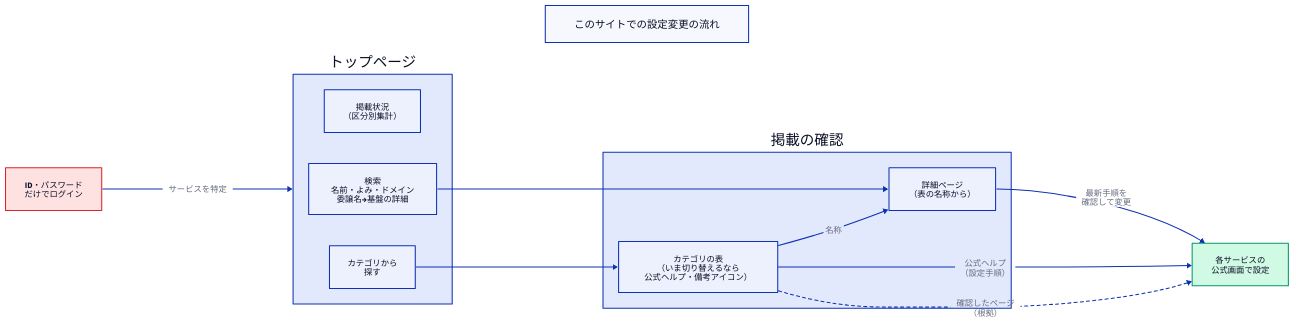
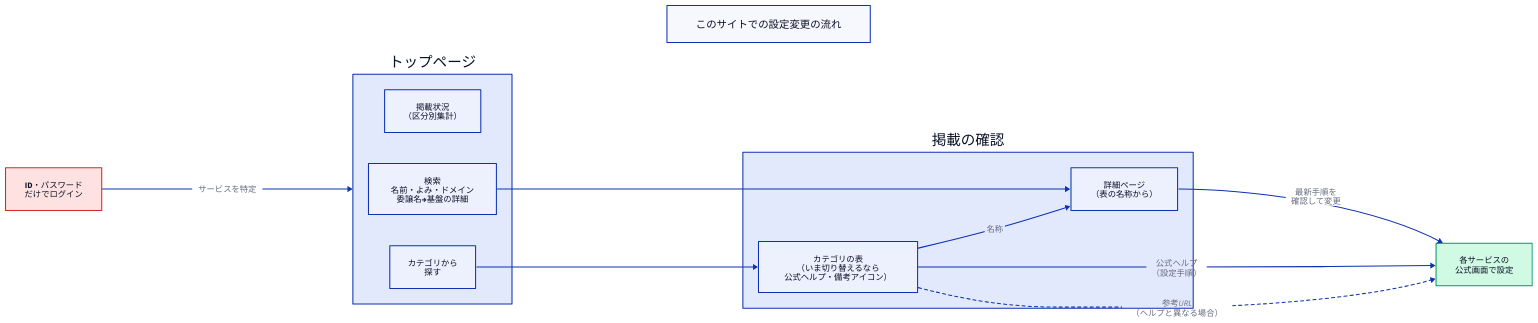
The diagram in apps/website/diagrams/site-flow.d2 (syaryn/start-passkey), drawn with D2 before and after one commit. The commit also changed 714 other files, not shown here.

```diff
--- a/apps/website/diagrams/site-flow.d2
+++ b/apps/website/diagrams/site-flow.d2
@@ -1,38 +1,38 @@
 # このサイトの使い方
 direction: right
 
 title: "このサイトでの設定変更の流れ" {
   near: top-center
   style.font-size: 20
 }
 
 current: "ID・パスワード\nだけでログイン" {
   style.fill: "#fee2e2"
   style.stroke: "#dc2626"
 }
 
 home: "トップページ" {
   stats: "掲載状況\n（区分別集計）"
   search: "検索\n名前・よみ・ドメイン\n委譲名→基盤の詳細"
   categories: "カテゴリから\n探す"
 }
 
 listing: "掲載の確認" {
   table: "カテゴリの表\n（いま切り替えるなら\n公式ヘルプ・備考アイコン）"
   detail: "詳細ページ\n（表の名称から）"
 }
 
 official: "各サービスの\n公式画面で設定" {
   style.fill: "#d1fae5"
   style.stroke: "#059669"
 }
 
 current -> home: "サービスを特定"
 home.search -> listing.detail
 home.categories -> listing.table
 listing.table -> listing.detail: "名称"
 listing.table -> official: "公式ヘルプ\n（設定手順）"
 listing.detail -> official: "最新手順を\n確認して変更"
-listing.table -> official: "確認したページ\n（根拠）" {
+listing.table -> official: "参考URL\n（ヘルプと異なる場合）" {
   style.stroke-dash: 3
 }
```
